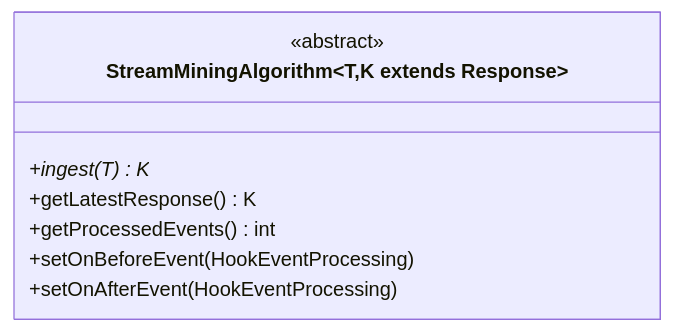
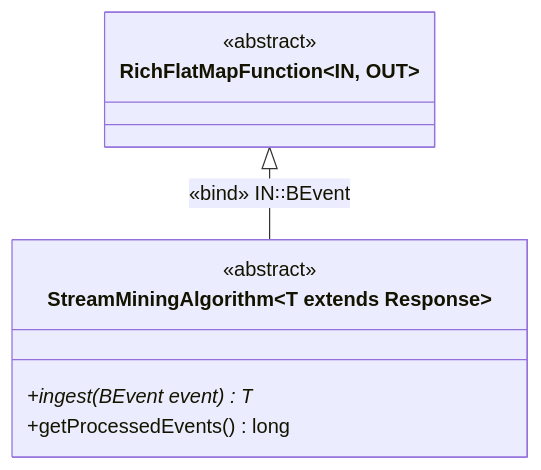
The third of 4 diagrams in docs/getting-started.md (beamline/docs), drawn with Mermaid before and after one commit. The commit also changed other lines of this file, not shown here.

```diff
--- a/docs/getting-started.md
+++ b/docs/getting-started.md
@@ -202,10 +236,12 @@
 <div class="mermaid">
 classDiagram
-class StreamMiningAlgorithm~T,K extends Response~
+class RichFlatMapFunction~IN, OUT~
+class StreamMiningAlgorithm~T extends Response~
 << abstract >> StreamMiningAlgorithm
-StreamMiningAlgorithm:+ingest(T)* K
-StreamMiningAlgorithm:+getLatestResponse() K
-StreamMiningAlgorithm:+getProcessedEvents() int
-StreamMiningAlgorithm:+setOnBeforeEvent(HookEventProcessing)
-StreamMiningAlgorithm:+setOnAfterEvent(HookEventProcessing)
+StreamMiningAlgorithm:+ingest(BEvent event)* T
+StreamMiningAlgorithm:+getProcessedEvents() long
+
+<< abstract >> RichFlatMapFunction
+
+RichFlatMapFunction <|-- StreamMiningAlgorithm : &laquo;bind&raquo; IN&#42889;&#42889;BEvent
 </div>
```
